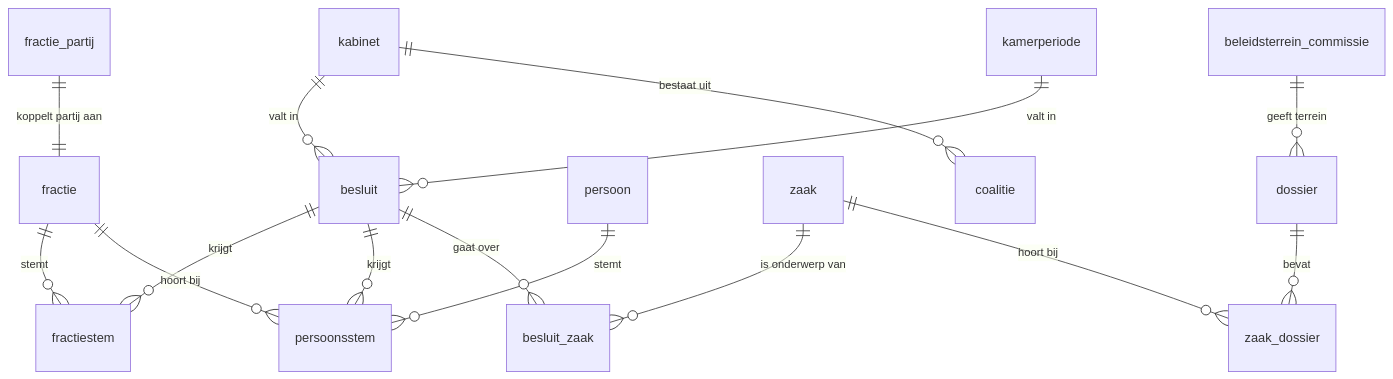
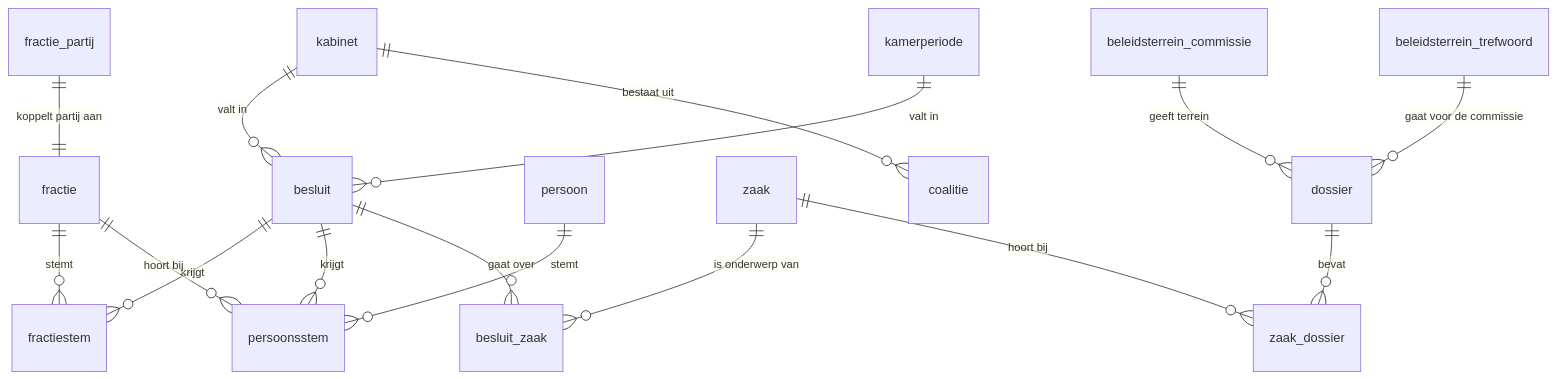
One commit to Zetelen/zetelen changed the diagram in docs/datamodel.md. Above: the diagram before and after it, drawn with Mermaid. The commit also changed other lines of this file and 2 other files, not shown here.

Commit message:
Onderwerpen: trefwoorden in de dossiertitel gaan voor de commissie, nieuw terrein Digitalisering (migratie 015)

````diff
--- a/docs/datamodel.md
+++ b/docs/datamodel.md
@@ -7,17 +7,18 @@
 ```mermaid
 erDiagram
     kabinet ||--o{ besluit : "valt in"
     kamerperiode ||--o{ besluit : "valt in"
     besluit ||--o{ fractiestem : "krijgt"
     besluit ||--o{ persoonsstem : "krijgt"
     fractie ||--o{ fractiestem : "stemt"
     fractie ||--o{ persoonsstem : "hoort bij"
     persoon ||--o{ persoonsstem : "stemt"
     besluit ||--o{ besluit_zaak : "gaat over"
     zaak ||--o{ besluit_zaak : "is onderwerp van"
     fractie_partij ||--|| fractie : "koppelt partij aan"
     kabinet ||--o{ coalitie : "bestaat uit"
     zaak ||--o{ zaak_dossier : "hoort bij"
     dossier ||--o{ zaak_dossier : "bevat"
     beleidsterrein_commissie ||--o{ dossier : "geeft terrein"
+    beleidsterrein_trefwoord ||--o{ dossier : "gaat voor de commissie"
 ```
````
